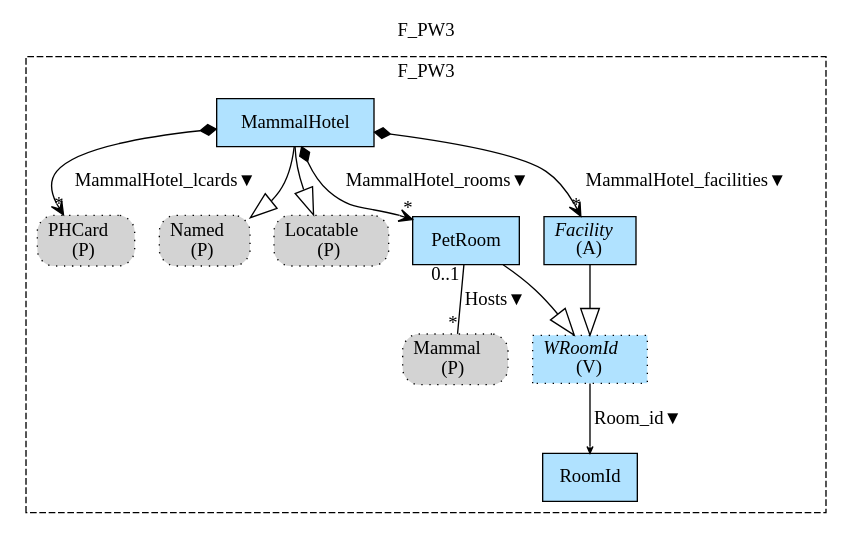
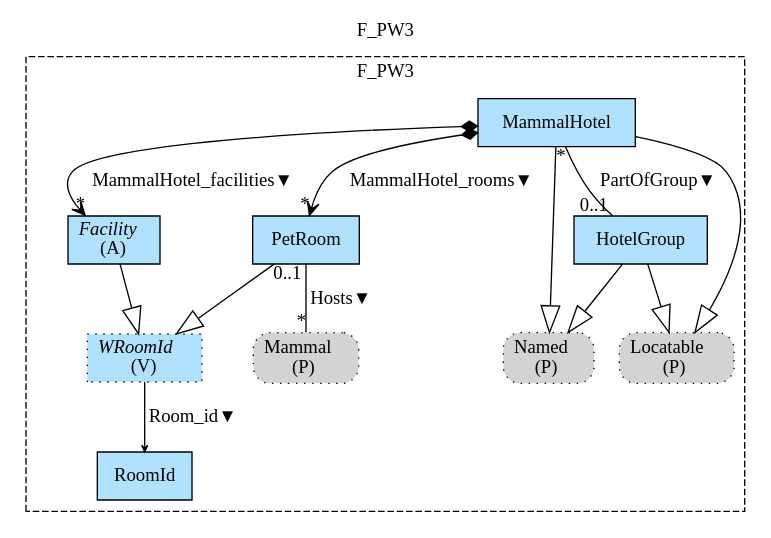
Before and after one commit to namalio/Fragmenta: the diagram in Haskell/FragmentaTests/PetsWorld/img/F_PW3.gv, drawn with Graphviz. The commit also changed 129 other files, not shown here.

```diff
--- a/Haskell/FragmentaTests/PetsWorld/img/F_PW3.gv
+++ b/Haskell/FragmentaTests/PetsWorld/img/F_PW3.gv
@@ -1,28 +1,29 @@
 digraph {graph[label=F_PW3,labelloc=tl,labelfontsize=12];
 subgraph cluster_F_PW3{style=dashed;label=F_PW3;
-"PPHCard"[shape=box,fillcolor=lightgray,style ="rounded,filled,dotted",label=<PHCard<br/>(P)>];
 "PMammal"[shape=box,fillcolor=lightgray,style ="rounded,filled,dotted",label=<Mammal<br/>(P)>];
 "RoomId"[shape=record,fillcolor=lightskyblue1,style = filled,label="RoomId"];
-"PNamed"[shape=box,fillcolor=lightgray,style ="rounded,filled,dotted",label=<Named<br/>(P)>];
-"MammalHotel"[shape=record,fillcolor=lightskyblue1,style = filled,label="MammalHotel"];
-"PLocatable"[shape=box,fillcolor=lightgray,style ="rounded,filled,dotted",label=<Locatable<br/>(P)>];
 "PetRoom"[shape=record,fillcolor=lightskyblue1,style = filled,label="PetRoom"];
 "Facility"[shape=record,fillcolor=lightskyblue1,style = filled,label=<{<I>Facility</I><br/>(A)}>];
 "WRoomId"[shape=record,fillcolor=lightskyblue1,style ="filled,dotted",label=<{<I>WRoomId</I><br/>(V)}>];
+"PNamed"[shape=box,fillcolor=lightgray,style ="rounded,filled,dotted",label=<Named<br/>(P)>];
+"PLocatable"[shape=box,fillcolor=lightgray,style ="rounded,filled,dotted",label=<Locatable<br/>(P)>];
+"MammalHotel"[shape=record,fillcolor=lightskyblue1,style = filled,label="MammalHotel"];
+"HotelGroup"[shape=record,fillcolor=lightskyblue1,style = filled,label="HotelGroup"];
 
 "MammalHotel"->"PetRoom"[label="MammalHotel_rooms▼",arrowhead=vee,arrowtail=diamond,dir=both,headlabel="*"];
 "MammalHotel"->"Facility"[label="MammalHotel_facilities▼",arrowhead=vee,arrowtail=diamond,dir=both,headlabel="*"];
-"MammalHotel"->"PPHCard"[label="MammalHotel_lcards▼",arrowhead=vee,arrowtail=diamond,dir=both,headlabel="*"];
 "PetRoom"->"PMammal"[label="Hosts▼",dir=none,taillabel="0..1",headlabel="*"];
 "WRoomId"->"RoomId"[label="Room_id▼",arrowhead=vee,headlabel="",arrowsize=.5];
 "MammalHotel"->"PNamed"[arrowhead=onormal,arrowsize=2.0];
 "MammalHotel"->"PLocatable"[arrowhead=onormal,arrowsize=2.0];
 "PetRoom"->"WRoomId"[arrowhead=onormal,arrowsize=2.0];
 "Facility"->"WRoomId"[arrowhead=onormal,arrowsize=2.0];
+"HotelGroup"->"PNamed"[arrowhead=onormal,arrowsize=2.0];
+"HotelGroup"->"PLocatable"[arrowhead=onormal,arrowsize=2.0];
+"MammalHotel"->"HotelGroup"[label="PartOfGroup▼",dir=none,taillabel="*",headlabel="0..1"];
 
 }
 
 
 
-
 }
```
